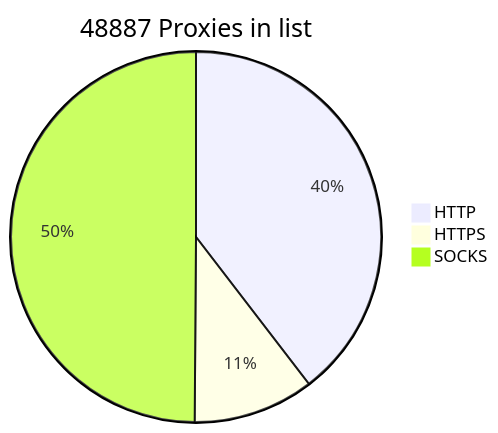
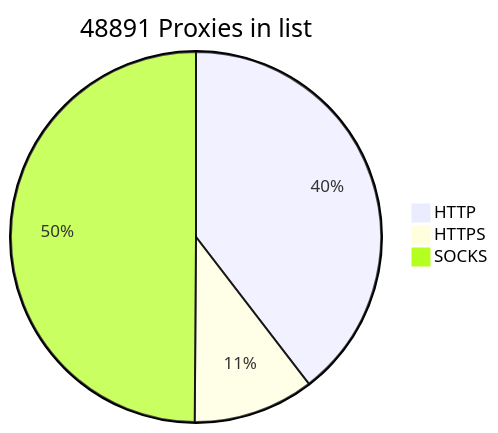
One commit to BlackSnowDot/proxylist-update-every-minute changed the diagram in README.md. Above: the diagram before and after it, drawn with Mermaid.

````diff
--- a/README.md
+++ b/README.md
@@ -2,6 +2,6 @@
 ```mermaid
-pie title 48887 Proxies in list
+pie title 48891 Proxies in list
     "HTTP" : 21331
     "HTTPS": 5681
-    "SOCKS" : 26890
+    "SOCKS" : 26894
 ```
````
